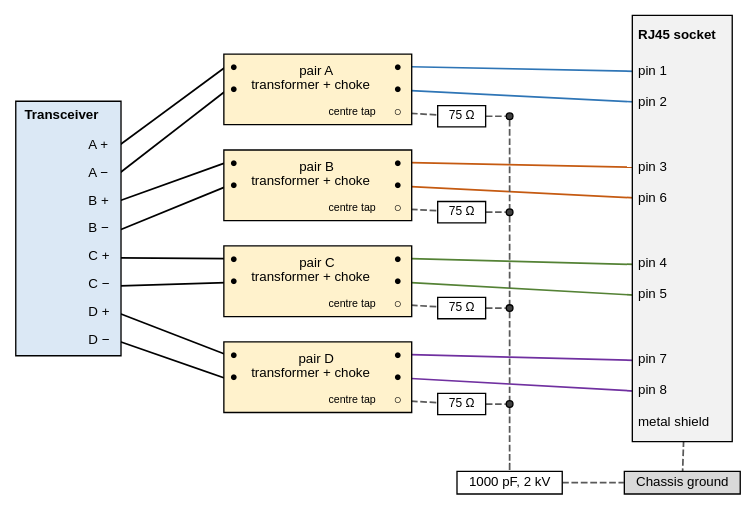
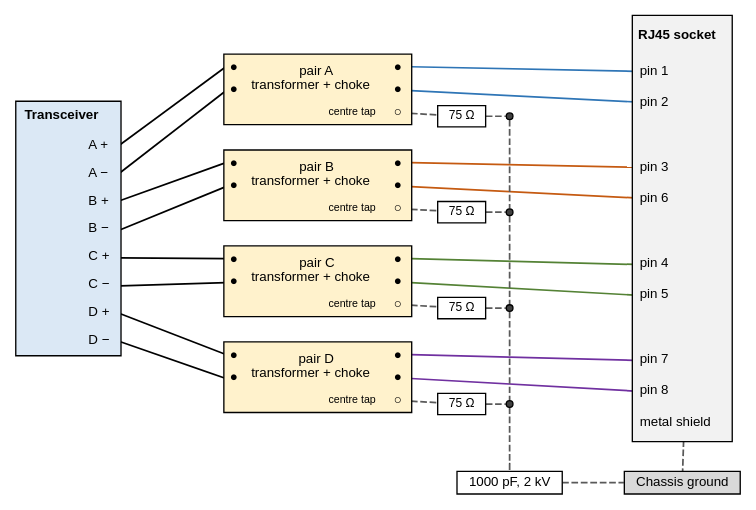
The diagram in docs/ethernet/magnetics/four-pairs.dot (mithro/evampire), drawn with Graphviz before and after one commit. The commit also changed 4 other files, not shown here.

Commit message:
Add crossover, centre-tap, PoE and layout diagrams for magnetics page

```diff
--- a/docs/ethernet/magnetics/four-pairs.dot
+++ b/docs/ethernet/magnetics/four-pairs.dot
@@ -1,119 +1,119 @@
 // All four pairs of one port: transceiver, magnetics, RJ45 socket and the
 // shared common-mode termination on the cable side.
 //
 // Node positions are fixed (in inches) so that the drawing reads like a
 // schematic.
 //
 // SPDX-License-Identifier: Apache-2.0
 
 graph four_pairs {
     graph [layout=neato, splines=line, fontname="Helvetica", fontsize=11,
            outputorder=edgesfirst];
     node  [fontname="Helvetica", fontsize=10, shape=plain, pin=true];
     edge  [penwidth=1.3];
 
     phy [pos="0,0!", label=<
       <table border="1" cellborder="0" cellspacing="0" cellpadding="5"
              bgcolor="#dbe8f5">
         <tr><td><b>Transceiver</b></td></tr>
         <tr><td port="ap" align="right">A +</td></tr>
         <tr><td port="an" align="right">A −</td></tr>
         <tr><td port="bp" align="right">B +</td></tr>
         <tr><td port="bn" align="right">B −</td></tr>
         <tr><td port="cp" align="right">C +</td></tr>
         <tr><td port="cn" align="right">C −</td></tr>
         <tr><td port="dp" align="right">D +</td></tr>
         <tr><td port="dn" align="right">D −</td></tr>
       </table>>];
 
     // One transformer and one common-mode choke per pair. The port on the
     // bottom row is the cable-side centre tap.
     ma [pos="2.6,1.45!", label=<
       <table border="1" cellborder="0" cellspacing="0" cellpadding="3" bgcolor="#fff2cc">
         <tr><td port="ip">●</td><td rowspan="2">pair A<br/>transformer + choke</td><td port="op">●</td></tr>
         <tr><td port="in">●</td><td port="on">●</td></tr>
         <tr><td></td><td align="right"><font point-size="8">centre tap</font></td><td port="ct">○</td></tr>
       </table>>];
     mb [pos="2.6,0.45!", label=<
       <table border="1" cellborder="0" cellspacing="0" cellpadding="3" bgcolor="#fff2cc">
         <tr><td port="ip">●</td><td rowspan="2">pair B<br/>transformer + choke</td><td port="op">●</td></tr>
         <tr><td port="in">●</td><td port="on">●</td></tr>
         <tr><td></td><td align="right"><font point-size="8">centre tap</font></td><td port="ct">○</td></tr>
       </table>>];
     mc [pos="2.6,-0.55!", label=<
       <table border="1" cellborder="0" cellspacing="0" cellpadding="3" bgcolor="#fff2cc">
         <tr><td port="ip">●</td><td rowspan="2">pair C<br/>transformer + choke</td><td port="op">●</td></tr>
         <tr><td port="in">●</td><td port="on">●</td></tr>
         <tr><td></td><td align="right"><font point-size="8">centre tap</font></td><td port="ct">○</td></tr>
       </table>>];
     md [pos="2.6,-1.55!", label=<
       <table border="1" cellborder="0" cellspacing="0" cellpadding="3" bgcolor="#fff2cc">
         <tr><td port="ip">●</td><td rowspan="2">pair D<br/>transformer + choke</td><td port="op">●</td></tr>
         <tr><td port="in">●</td><td port="on">●</td></tr>
         <tr><td></td><td align="right"><font point-size="8">centre tap</font></td><td port="ct">○</td></tr>
       </table>>];
 
     // Pins are listed pair by pair, not in physical order: pair B uses
     // pins 3 and 6, which sit on either side of pins 4 and 5.
     rj45 [pos="6.4,0.0!", label=<
       <table border="1" cellborder="0" cellspacing="0" cellpadding="0"
              bgcolor="#f2f2f2">
         <tr><td height="30"><b>&nbsp;RJ45 socket&nbsp;</b></td></tr>
-        <tr><td port="p1" align="left" height="23">&nbsp;pin 1</td></tr>
-        <tr><td port="p2" align="left" height="23">&nbsp;pin 2</td></tr>
+        <tr><td port="p1" align="left" height="23" cellpadding="4">pin 1</td></tr>
+        <tr><td port="p2" align="left" height="23" cellpadding="4">pin 2</td></tr>
         <tr><td height="26"></td></tr>
-        <tr><td port="p3" align="left" height="23">&nbsp;pin 3</td></tr>
-        <tr><td port="p6" align="left" height="23">&nbsp;pin 6</td></tr>
+        <tr><td port="p3" align="left" height="23" cellpadding="4">pin 3</td></tr>
+        <tr><td port="p6" align="left" height="23" cellpadding="4">pin 6</td></tr>
         <tr><td height="26"></td></tr>
-        <tr><td port="p4" align="left" height="23">&nbsp;pin 4</td></tr>
-        <tr><td port="p5" align="left" height="23">&nbsp;pin 5</td></tr>
+        <tr><td port="p4" align="left" height="23" cellpadding="4">pin 4</td></tr>
+        <tr><td port="p5" align="left" height="23" cellpadding="4">pin 5</td></tr>
         <tr><td height="26"></td></tr>
-        <tr><td port="p7" align="left" height="23">&nbsp;pin 7</td></tr>
-        <tr><td port="p8" align="left" height="23">&nbsp;pin 8</td></tr>
-        <tr><td port="sh" align="left" height="26">&nbsp;metal shield&nbsp;</td></tr>
+        <tr><td port="p7" align="left" height="23" cellpadding="4">pin 7</td></tr>
+        <tr><td port="p8" align="left" height="23" cellpadding="4">pin 8</td></tr>
+        <tr><td port="sh" align="left" height="26" cellpadding="4">metal shield</td></tr>
       </table>>];
 
     // Common-mode termination: one 75 ohm resistor per pair, all joined at
     // one node, then one high-voltage capacitor to chassis ground.
     node [shape=box, style="filled", fillcolor="#ffffff", fontsize=9,
           width=0.5, height=0.22, margin="0.03,0.01", fixedsize=true];
     ra [pos="4.1,1.17!", label="75 Ω"];
     rb [pos="4.1,0.17!", label="75 Ω"];
     rc [pos="4.1,-0.83!", label="75 Ω"];
     rd [pos="4.1,-1.83!", label="75 Ω"];
 
     node [shape=point, width=0.07, style=filled, fillcolor="#404040",
           fixedsize=false];
     ja [pos="4.6,1.17!"];
     jb [pos="4.6,0.17!"];
     jc [pos="4.6,-0.83!"];
     jd [pos="4.6,-1.83!"];
     jcap [pos="4.6,-2.45!", shape=none, width=0, height=0, label=""];
 
     node [shape=box, style="filled", fixedsize=false, fontsize=10,
           margin="0.08,0.04"];
     chv [pos="4.6,-2.65!", label="1000 pF, 2 kV", fillcolor="#ffffff"];
     chassis [pos="6.4,-2.65!", label="Chassis ground", fillcolor="#d9d9d9"];
 
     // Pairs, transceiver side.
     phy:ap -- ma:ip; phy:an -- ma:in;
     phy:bp -- mb:ip; phy:bn -- mb:in;
     phy:cp -- mc:ip; phy:cn -- mc:in;
     phy:dp -- md:ip; phy:dn -- md:in;
 
     // Pairs, cable side.
     ma:op -- rj45:p1 [color="#2e75b6"]; ma:on -- rj45:p2 [color="#2e75b6"];
     mb:op -- rj45:p3 [color="#c55a11"]; mb:on -- rj45:p6 [color="#c55a11"];
     mc:op -- rj45:p4 [color="#548235"]; mc:on -- rj45:p5 [color="#548235"];
     md:op -- rj45:p7 [color="#7030a0"]; md:on -- rj45:p8 [color="#7030a0"];
 
     // Common-mode termination.
     edge [color="#595959", style=dashed];
     ma:ct -- ra; ra -- ja;
     mb:ct -- rb; rb -- jb;
     mc:ct -- rc; rc -- jc;
     md:ct -- rd; rd -- jd;
     ja -- jb -- jc -- jd -- chv;
     chv -- chassis;
     rj45:sh -- chassis;
 }
```
